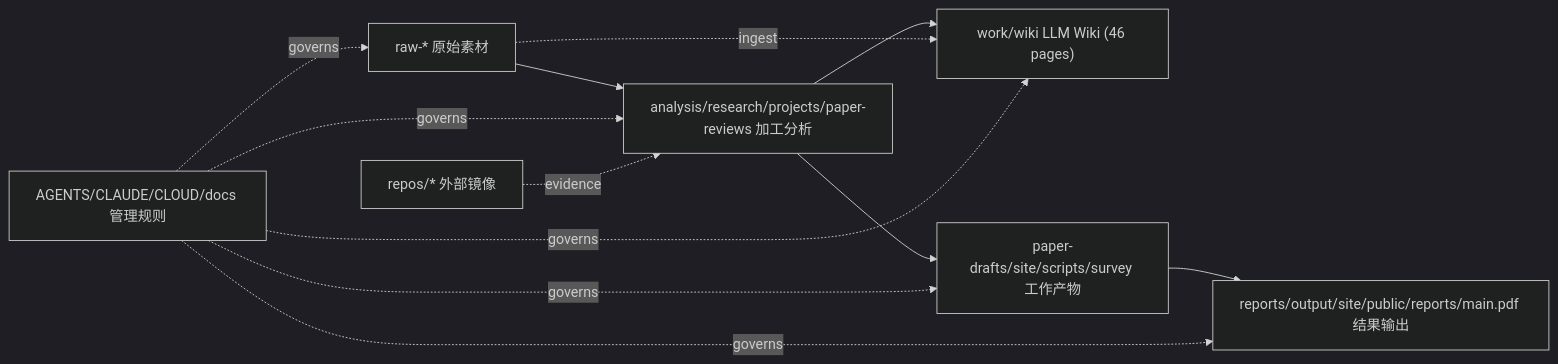
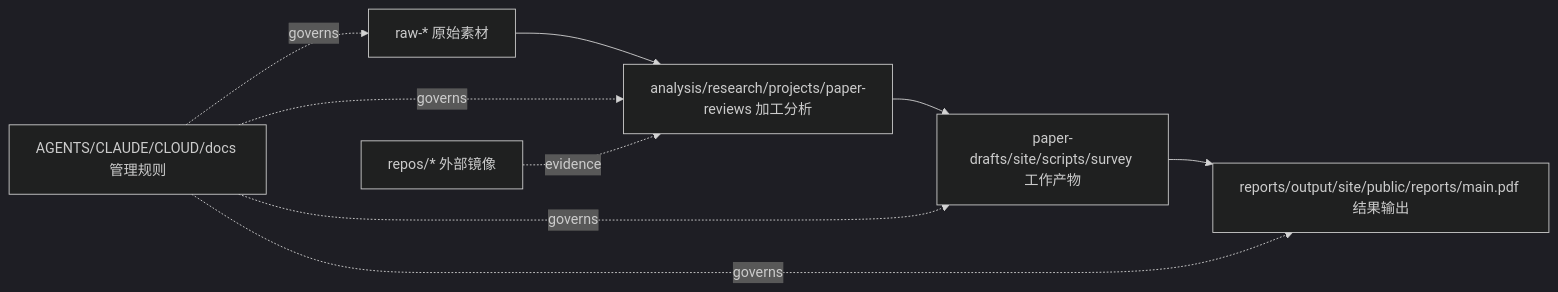
One commit to Shiyao-Huang/awesome-agent-evolution changed the diagram in docs/indexes/master-index.md. Above: the diagram before and after it, drawn with Mermaid (dark theme). The commit also changed other lines of this file and 305 other files, not shown here.

````diff
--- a/docs/indexes/master-index.md
+++ b/docs/indexes/master-index.md
@@ -36,14 +36,11 @@
 ```mermaid
 flowchart LR
   RAW["raw-* 原始素材"] --> PROCESSED["analysis/research/projects/paper-reviews 加工分析"]
-  PROCESSED --> WIKI["work/wiki LLM Wiki (46 pages)"]
-  RAW -. ingest .-> WIKI
   PROCESSED --> WORK["paper-drafts/site/scripts/survey 工作产物"]
   WORK --> RESULTS["reports/output/site/public/reports/main.pdf 结果输出"]
   OPS["AGENTS/CLAUDE/CLOUD/docs 管理规则"] -. governs .-> RAW
   OPS -. governs .-> PROCESSED
-  OPS -. governs .-> WIKI
   OPS -. governs .-> WORK
   OPS -. governs .-> RESULTS
   MIRRORS["repos/* 外部镜像"] -. evidence .-> PROCESSED
 ```
````
